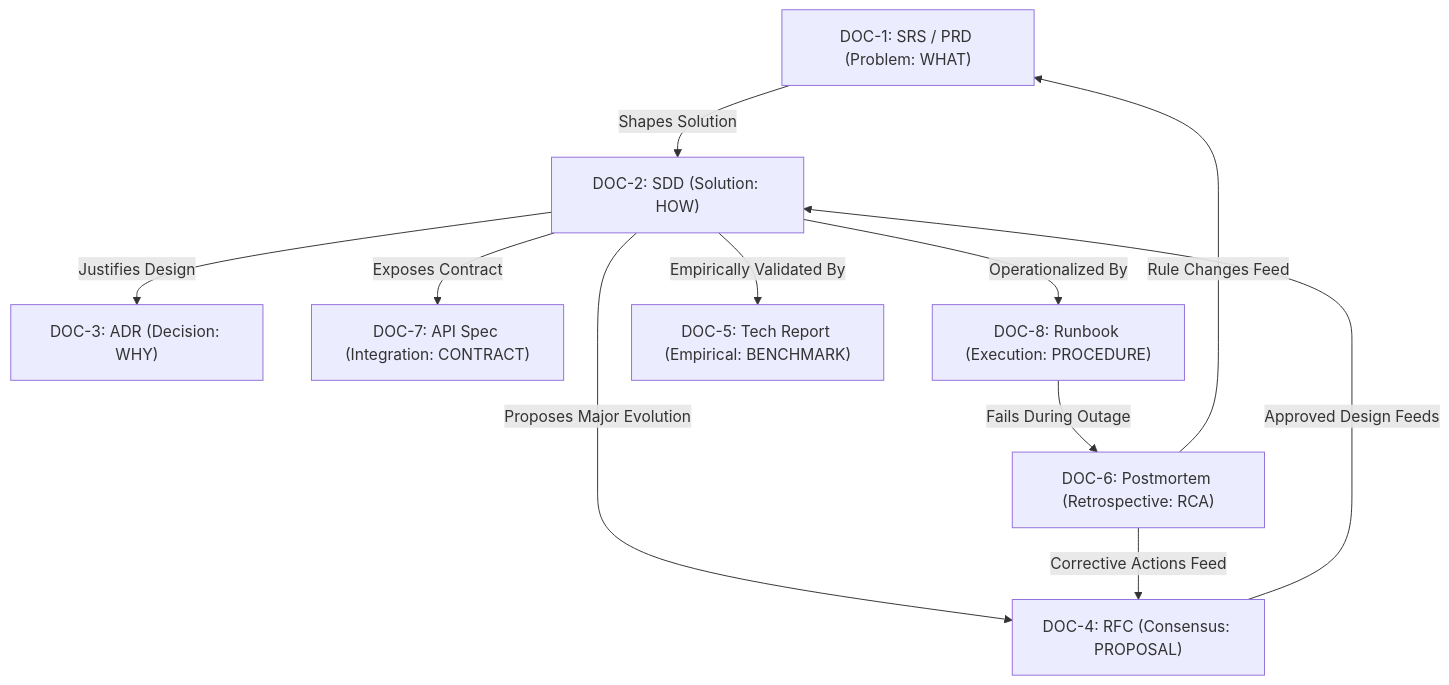
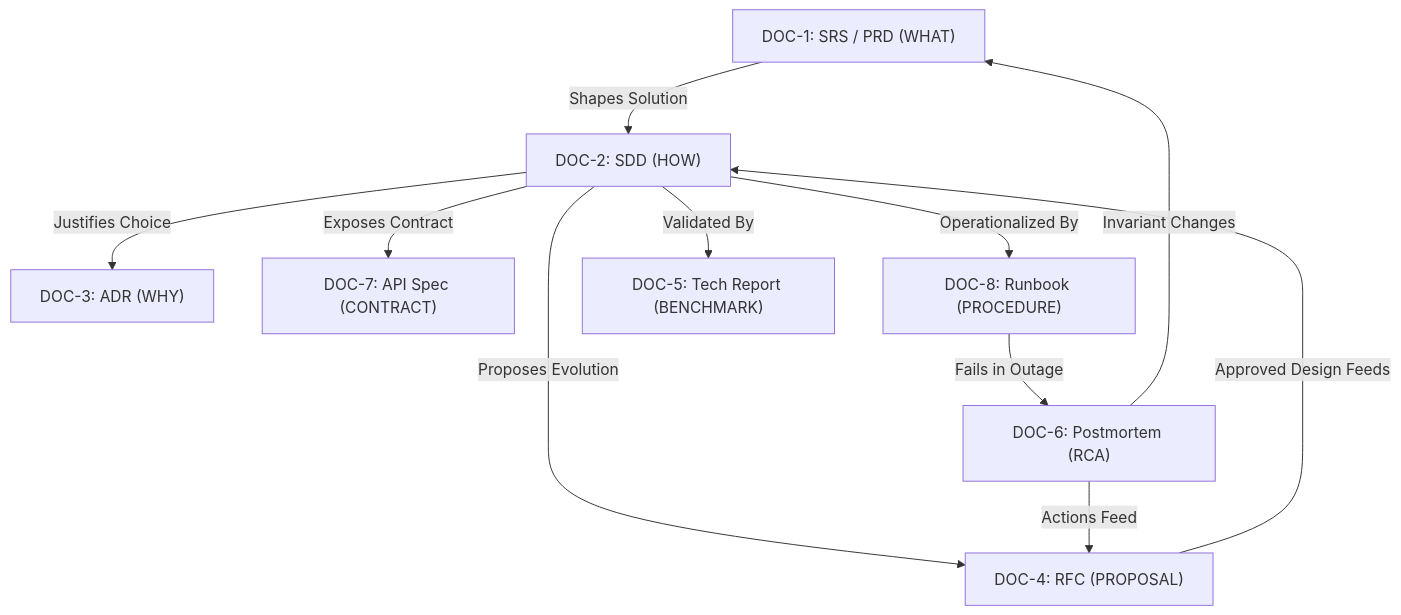
One commit to mynhleeh/directive changed the second of 2 diagrams in instructions/skills/active/technical-doc-author/references/document-types-matrix.md. Above: the diagram before and after it, drawn with Mermaid. The commit also changed other lines of this file and 43 other files, not shown here.

````diff
--- a/instructions/skills/active/technical-doc-author/references/document-types-matrix.md
+++ b/instructions/skills/active/technical-doc-author/references/document-types-matrix.md
@@ -488,13 +387,13 @@
 ```mermaid
 flowchart TD
-  SRS["DOC-1: SRS / PRD (Problem: WHAT)"] -->|"Shapes Solution"| SDD["DOC-2: SDD (Solution: HOW)"]
-  SDD -->|"Justifies Design"| ADR["DOC-3: ADR (Decision: WHY)"]
-  SDD -->|"Proposes Major Evolution"| RFC["DOC-4: RFC (Consensus: PROPOSAL)"]
+  SRS["DOC-1: SRS / PRD (WHAT)"] -->|"Shapes Solution"| SDD["DOC-2: SDD (HOW)"]
+  SDD -->|"Justifies Choice"| ADR["DOC-3: ADR (WHY)"]
+  SDD -->|"Proposes Evolution"| RFC["DOC-4: RFC (PROPOSAL)"]
   RFC -->|"Approved Design Feeds"| SDD
-  SDD -->|"Exposes Contract"| API["DOC-7: API Spec (Integration: CONTRACT)"]
-  SDD -->|"Operationalized By"| RUN["DOC-8: Runbook (Execution: PROCEDURE)"]
-  SDD -->|"Empirically Validated By"| TR["DOC-5: Tech Report (Empirical: BENCHMARK)"]
-  RUN -->|"Fails During Outage"| RCA["DOC-6: Postmortem (Retrospective: RCA)"]
-  RCA -->|"Corrective Actions Feed"| RFC
-  RCA -->|"Rule Changes Feed"| SRS
+  SDD -->|"Exposes Contract"| API["DOC-7: API Spec (CONTRACT)"]
+  SDD -->|"Operationalized By"| RUN["DOC-8: Runbook (PROCEDURE)"]
+  SDD -->|"Validated By"| TR["DOC-5: Tech Report (BENCHMARK)"]
+  RUN -->|"Fails in Outage"| RCA["DOC-6: Postmortem (RCA)"]
+  RCA -->|"Actions Feed"| RFC
+  RCA -->|"Invariant Changes"| SRS
 ```
````
